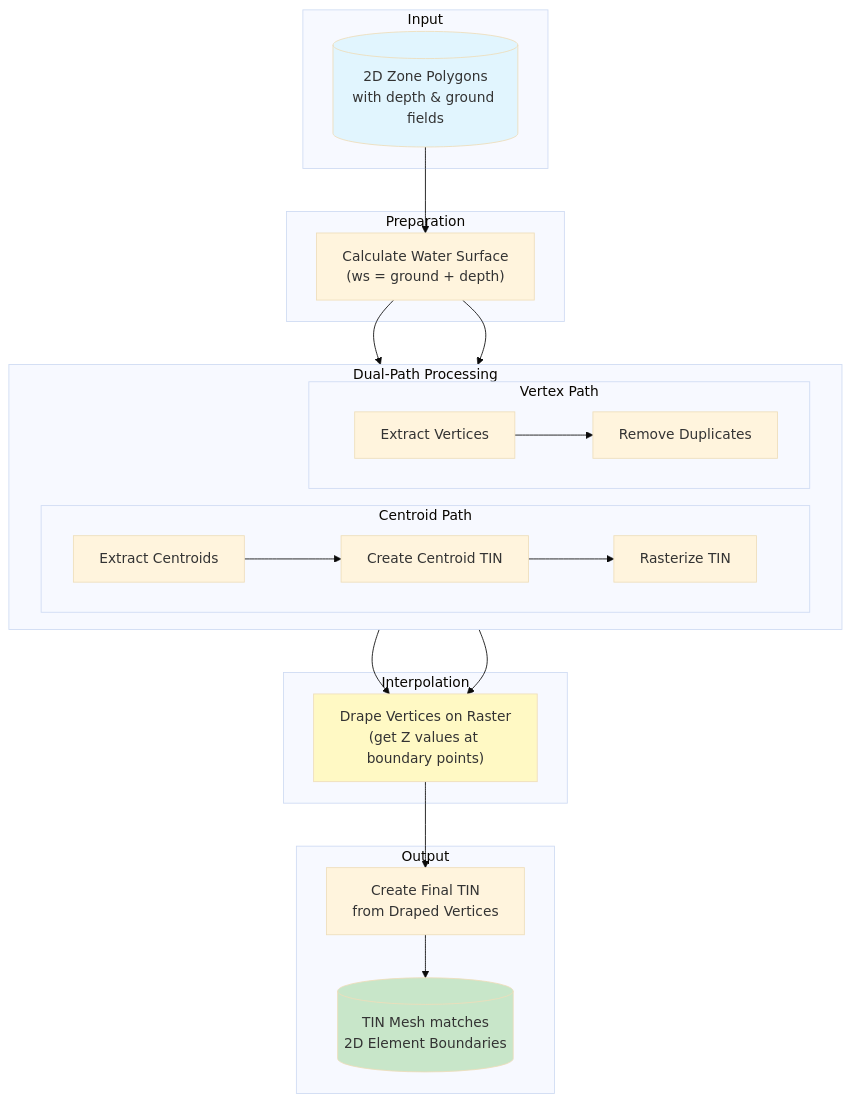
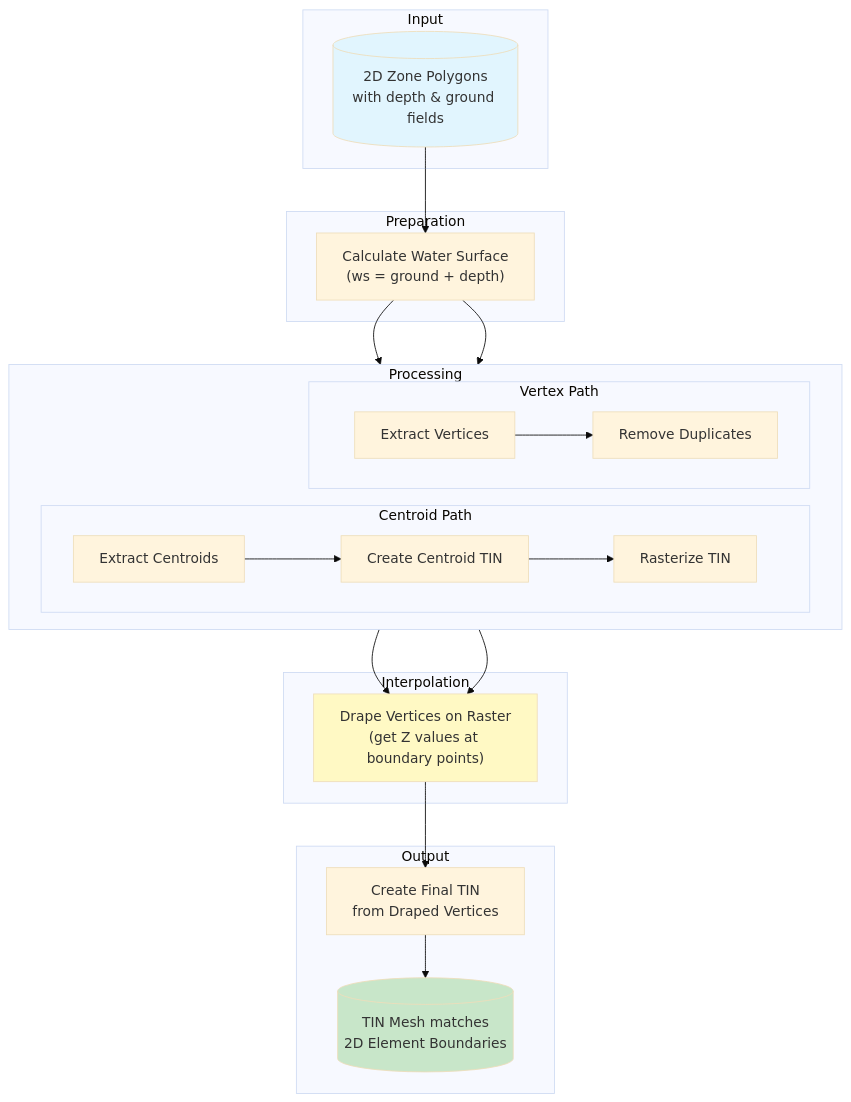
One commit to mel-meng/hhnote changed the diagram in workflow/icm/2d_element_to_tin/README.md. Above: the diagram before and after it, drawn with Mermaid (base theme). The commit also changed other lines of this file and 3 other files, not shown here.

````diff
--- a/workflow/icm/2d_element_to_tin/README.md
+++ b/workflow/icm/2d_element_to_tin/README.md
@@ -28,47 +27,47 @@
 ```mermaid
 flowchart TD
     subgraph Input
         A[("2D Zone Polygons<br/>with depth & ground fields")]
     end
 
     subgraph Preparation
         B["Calculate Water Surface<br/>(ws = ground + depth)"]
     end
 
-    subgraph Dual-Path Processing
+    subgraph Processing
         direction LR
         subgraph Centroid Path
             C["Extract Centroids"]
             D["Create Centroid TIN"]
             E["Rasterize TIN"]
         end
         subgraph Vertex Path
             F["Extract Vertices"]
             G["Remove Duplicates"]
         end
     end
 
     subgraph Interpolation
         H["Drape Vertices on Raster<br/>(get Z values at boundary points)"]
     end
 
     subgraph Output
         I["Create Final TIN<br/>from Draped Vertices"]
         J[("TIN Mesh matches<br/>2D Element Boundaries")]
     end
 
     A --> B
     B --> C
     B --> F
     C --> D
     D --> E
     F --> G
     E --> H
     G --> H
     H --> I
     I --> J
 
     style A fill:#e1f5fe
     style J fill:#c8e6c9
     style H fill:#fff9c4
 ```
````
